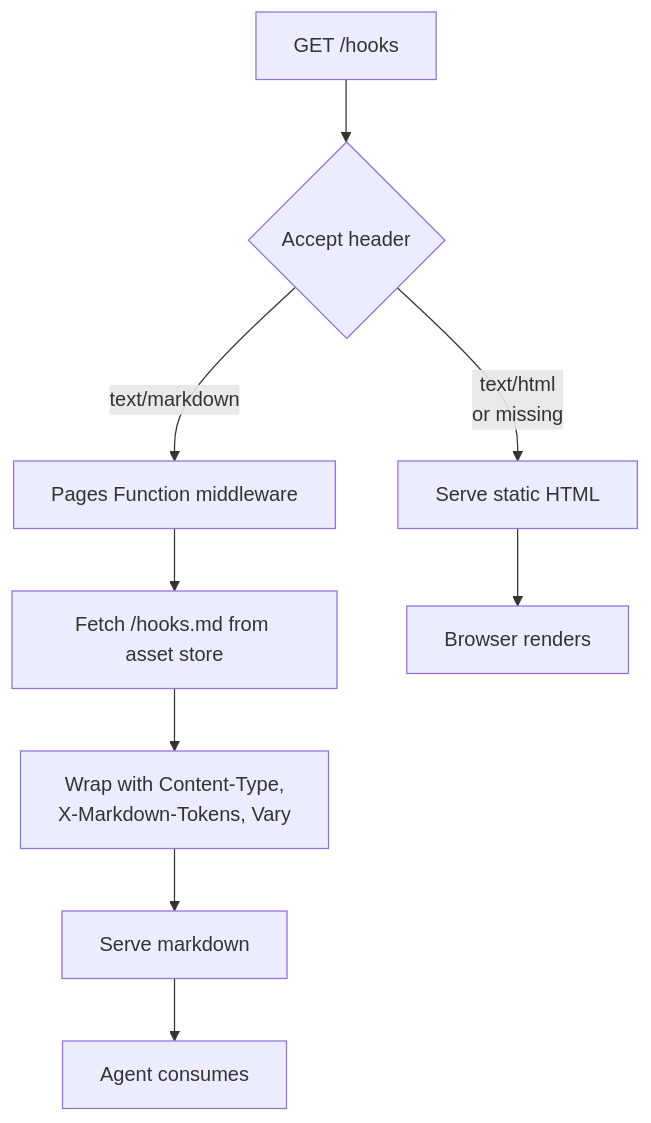
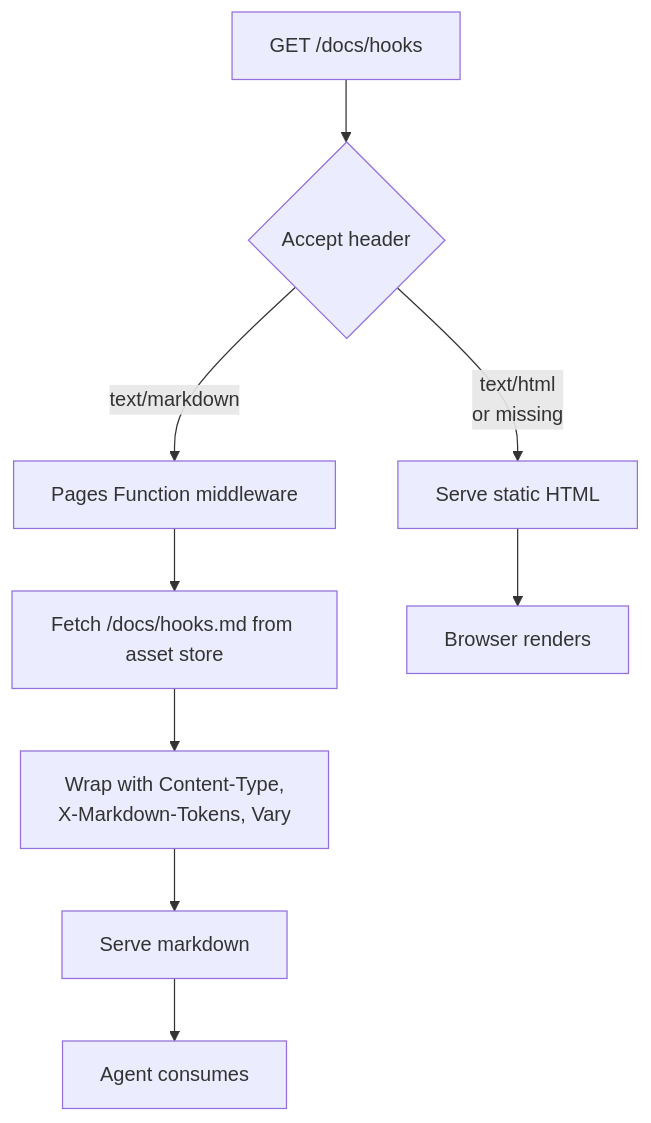
Diagram 11 of 11 in site-planning/site-architecture.md (asivura/claude-almanac), drawn with Mermaid before and after one commit. The commit also changed other lines of this file, not shown here.

First line of the commit message:
docs: prefix all sample URLs with /docs/ in architecture spec

````diff
--- a/site-planning/site-architecture.md
+++ b/site-planning/site-architecture.md
@@ -318,13 +318,13 @@
 ```mermaid
 flowchart TD
-    Start[GET /hooks] --> Accept{Accept header}
+    Start[GET /docs/hooks] --> Accept{Accept header}
     Accept -->|text/html<br/>or missing| HTML[Serve static HTML]
     Accept -->|text/markdown| MW[Pages Function middleware]
 
-    MW --> Fetch[Fetch /hooks.md from asset store]
+    MW --> Fetch[Fetch /docs/hooks.md from asset store]
     Fetch --> Wrap[Wrap with Content-Type,<br/>X-Markdown-Tokens, Vary]
     Wrap --> MD[Serve markdown]
 
     HTML --> Browser[Browser renders]
     MD --> Agent[Agent consumes]
 ```
````
